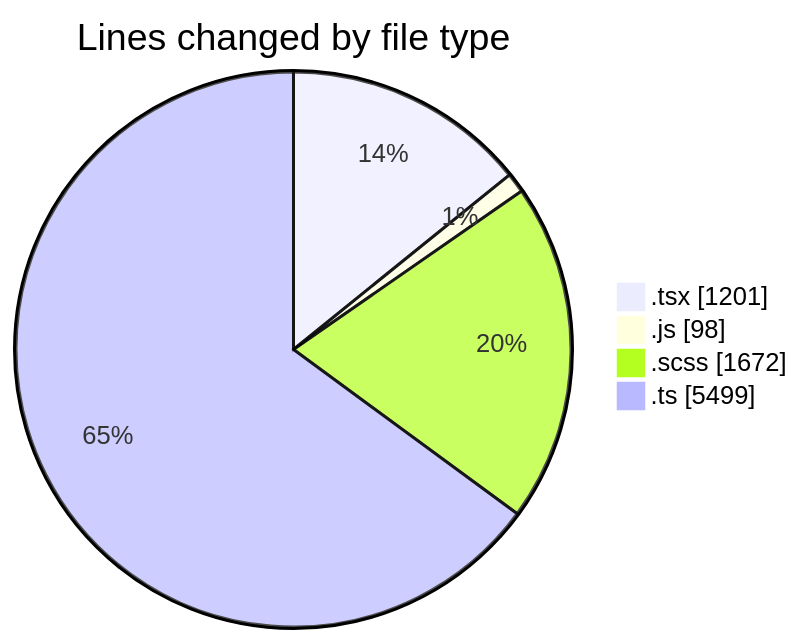
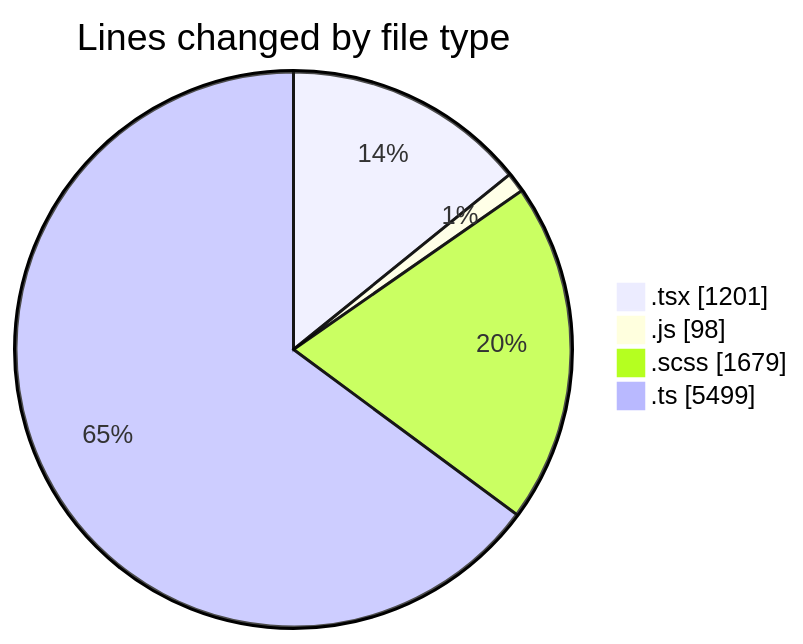
One commit to momahboobian/code-tracking changed the first of 2 diagrams in 2025-03-31/cda/README.md. Above: the diagram before and after it, drawn with Mermaid. The commit also changed other lines of this file and 1 other file, not shown here.

````diff
--- a/2025-03-31/cda/README.md
+++ b/2025-03-31/cda/README.md
@@ -39,8 +39,8 @@
 ```mermaid
 pie showData
 title Lines changed by file type
 ".tsx" : 1201
 ".js" : 98
-".scss" : 1672
+".scss" : 1679
 ".ts" : 5499
 ```
````
